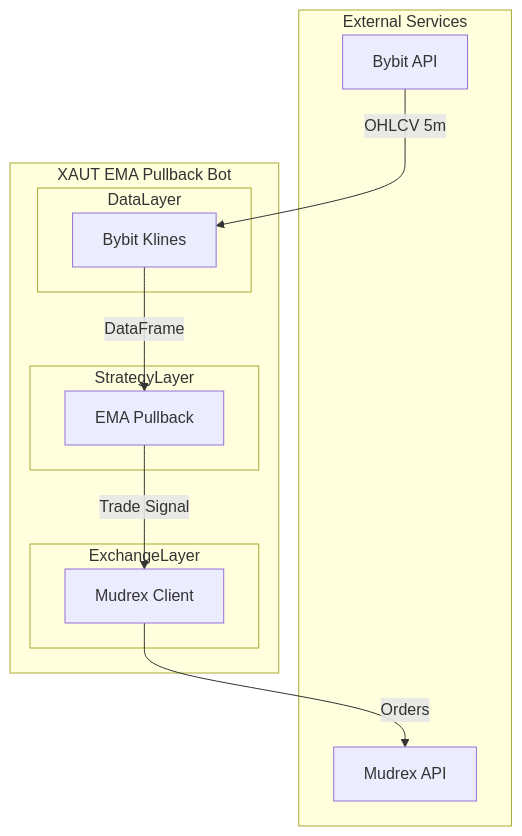
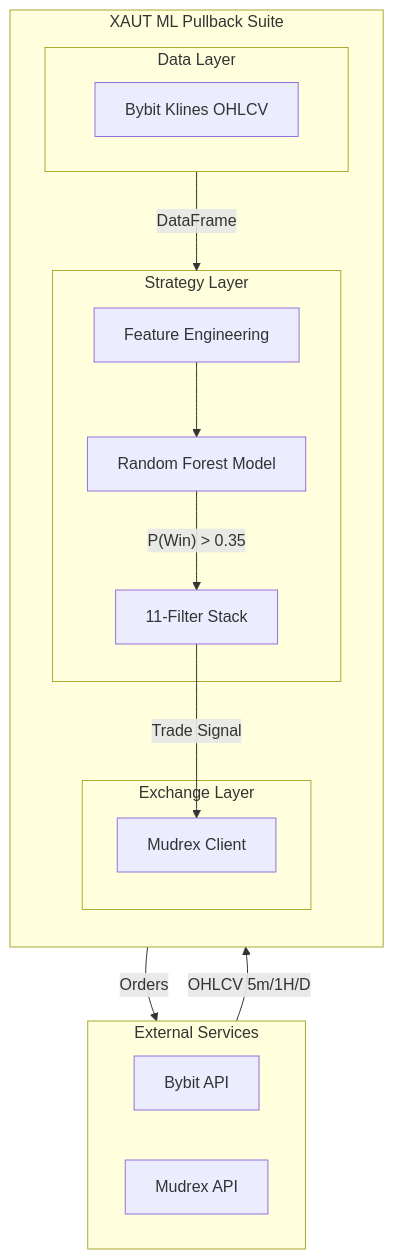
Before and after one commit to DecentralizedJM/XAUT-EMA-Pullback-Strategy: the first of 4 diagrams in README.md, drawn with Mermaid. The commit also changed other lines of this file and 17 other files, not shown here.

Commit message:
feat: Integrate 11-Filter Institutional ML strategy

````diff
--- a/README.md
+++ b/README.md
@@ -20,30 +36,32 @@
 ```mermaid
 flowchart TB
     subgraph External [External Services]
+    direction LR
         Bybit[Bybit API]
         Mudrex[Mudrex API]
     end
 
-    subgraph Bot [XAUT EMA Pullback Bot]
-        DataLayer[Data Layer]
-        StrategyLayer[Strategy Layer]
-        ExchangeLayer[Exchange Layer]
+    subgraph Bot [XAUT ML Pullback Suite]
+    direction TB
+        subgraph DataLayer [Data Layer]
+            BybitKlines[Bybit Klines OHLCV]
+        end
+
+        subgraph StrategyLayer [Strategy Layer]
+            ML_Data[Feature Engineering]
+            ML_Model[Random Forest Model]
+            InstitutionalFilters[11-Filter Stack]
+        end
+
+        subgraph ExchangeLayer [Exchange Layer]
+            MudrexClient[Mudrex Client]
+        end
     end
 
-    subgraph DataLayer
-        BybitKlines[Bybit Klines]
-    end
-
-    subgraph StrategyLayer
-        EMAPullback[EMA Pullback]
-    end
-
-    subgraph ExchangeLayer
-        MudrexClient[Mudrex Client]
-    end
-
-    Bybit -->|"OHLCV 5m"| BybitKlines
-    BybitKlines -->|"DataFrame"| EMAPullback
-    EMAPullback -->|"Trade Signal"| MudrexClient
+    Bybit -->|"OHLCV 5m/1H/D"| DataLayer
+    DataLayer -->|"DataFrame"| StrategyLayer
+    ML_Data --> ML_Model
+    ML_Model -->|"P(Win) > 0.35"| InstitutionalFilters
+    InstitutionalFilters -->|"Trade Signal"| MudrexClient
     MudrexClient -->|"Orders"| Mudrex
 ```
````
